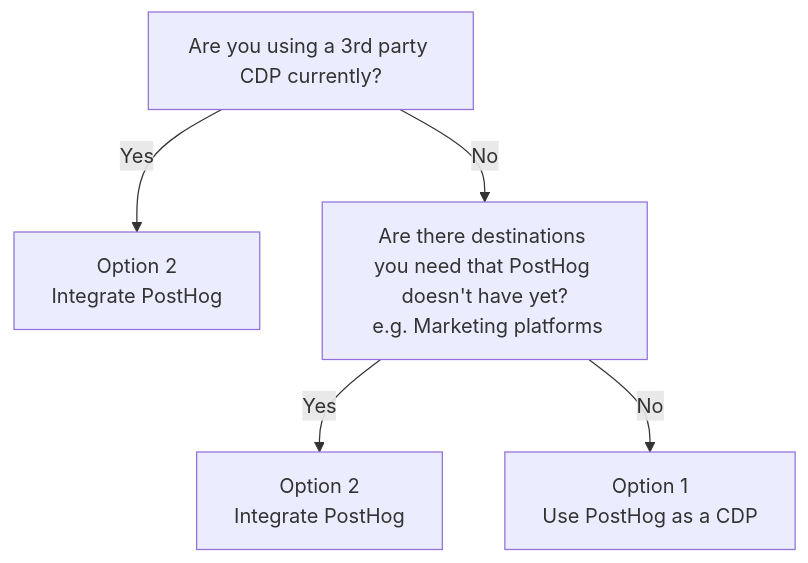
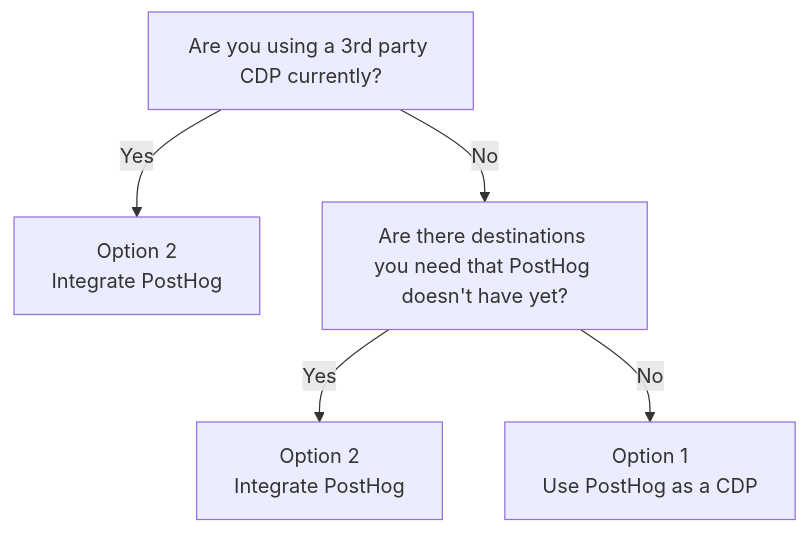
One commit to PostHog/posthog.com changed the first of 4 diagrams in contents/docs/advanced/cdp.md. Above: the diagram before and after it, drawn with Mermaid. The commit also changed other lines of this file, not shown here.

````diff
--- a/contents/docs/advanced/cdp.md
+++ b/contents/docs/advanced/cdp.md
@@ -27,6 +27,6 @@
 ```mermaid
 graph TD
 A[Are you using a 3rd party CDP currently?] --> |Yes| B[Option 2<br/>Integrate PostHog]
-A --> |No| C[Are there destinations you need that PostHog doesn't have yet?<br/> e.g. Marketing platforms] --> |Yes| D[Option 2<br/>Integrate PostHog]
+A --> |No| C[Are there destinations you need that PostHog doesn't have yet?] --> |Yes| D[Option 2<br/>Integrate PostHog]
 C --> |No| E[Option 1<br/>Use PostHog as a CDP]
 ```
````
